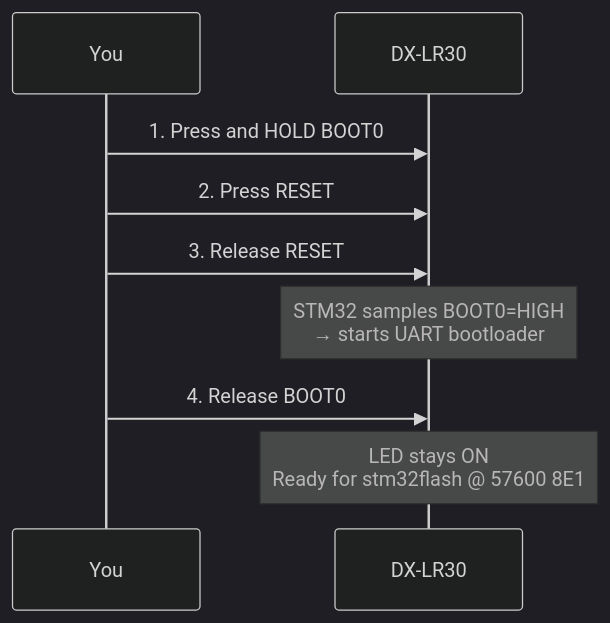
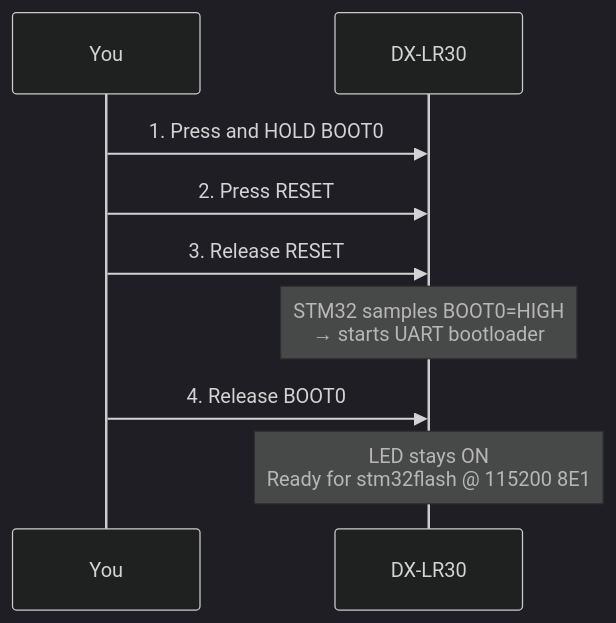
Before and after one commit to vaddieg/meshcore-specter-dx-lr30: the second of 2 diagrams in docs/flashing.md, drawn with Mermaid (dark theme). The commit also changed other lines of this file and 1 other file, not shown here.

````diff
--- a/docs/flashing.md
+++ b/docs/flashing.md
@@ -123,12 +123,12 @@
 ```mermaid
 sequenceDiagram
     participant You
     participant HW as DX-LR30
 
     You->>HW: 1. Press and HOLD BOOT0
     You->>HW: 2. Press RESET
     You->>HW: 3. Release RESET
     Note over HW: STM32 samples BOOT0=HIGH<br/>→ starts UART bootloader
     You->>HW: 4. Release BOOT0
-    Note over HW: LED stays ON<br/>Ready for stm32flash @ 57600 8E1
+    Note over HW: LED stays ON<br/>Ready for stm32flash @ 115200 8E1
 ```
````
